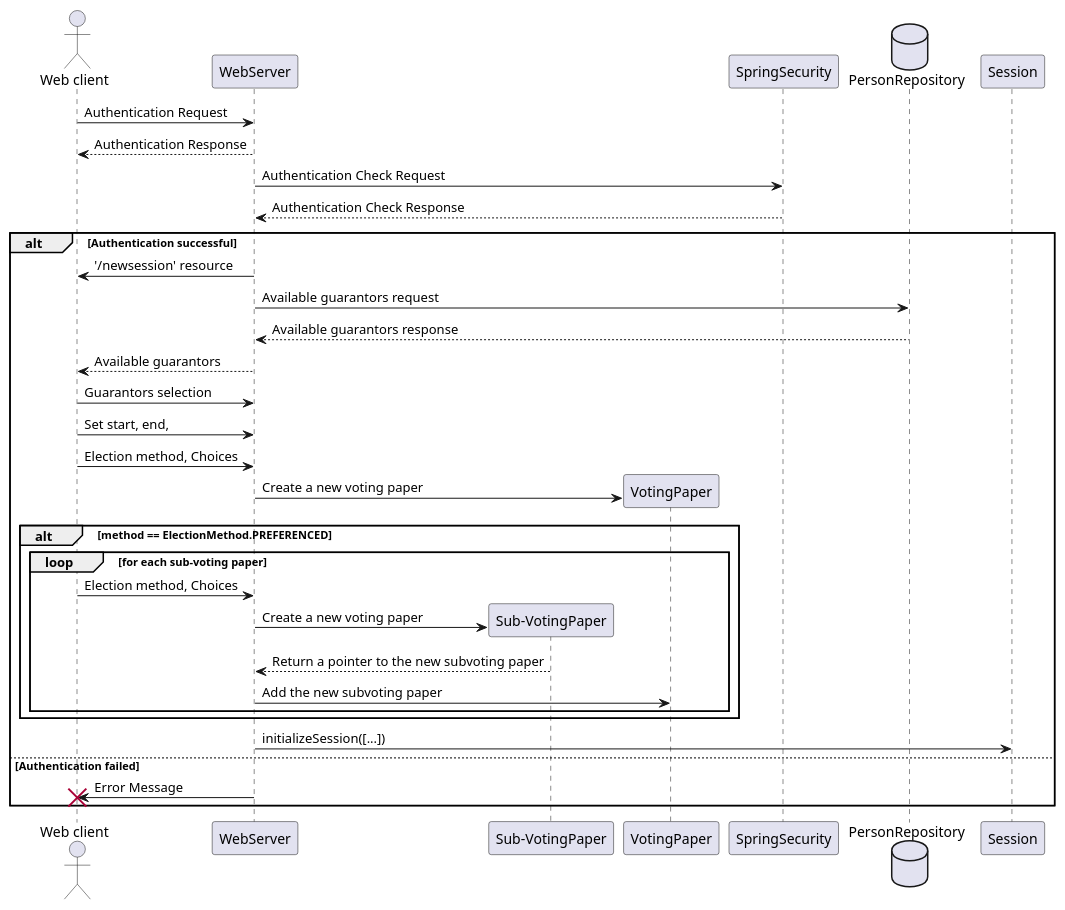
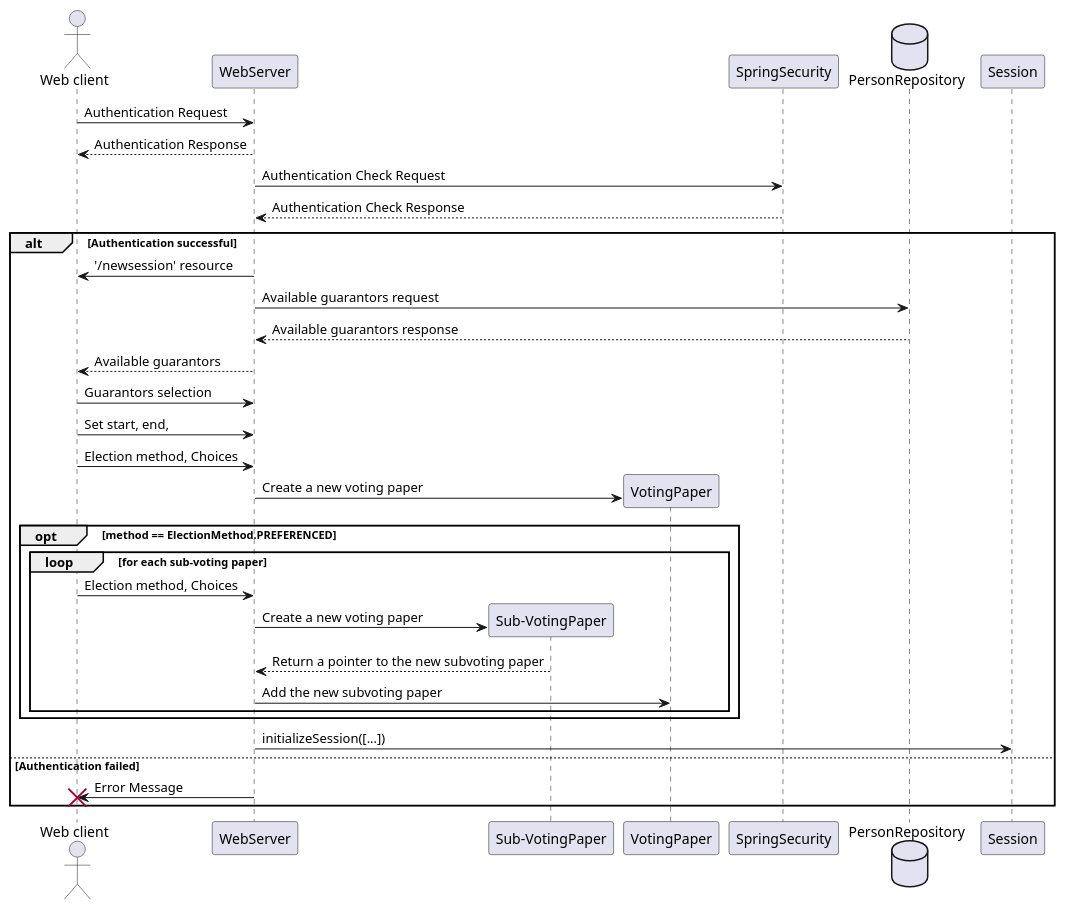
One commit to sgorblex-unimi/SVeSE_docs changed the diagram in UML/seqCreate.puml. Above: the diagram before and after it, drawn with PlantUML. The commit also changed 7 other files, not shown here.

```diff
--- a/UML/seqCreate.puml
+++ b/UML/seqCreate.puml
@@ -1,36 +1,36 @@
 @startuml
 actor "Web client" as WC
 participant WebServer as WS
 participant "Sub-VotingPaper" as SVP
 participant VotingPaper as VP
 participant SpringSecurity as SS
 database PersonRepository as PR
 participant Session as S
 
 WC -> WS : Authentication Request
 WC <-- WS : Authentication Response
 WS -> SS : Authentication Check Request
 WS <-- SS : Authentication Check Response
 
 alt Authentication successful
     WS -> WC : '/newsession' resource
     WS -> PR : Available guarantors request
     WS <-- PR : Available guarantors response
     WC <-- WS : Available guarantors
     WC -> WS : Guarantors selection
     WC -> WS : Set start, end,
     WC -> WS : Election method, Choices
     WS -> VP ** : Create a new voting paper
-    alt method == ElectionMethod.PREFERENCED
+    opt method == ElectionMethod.PREFERENCED
         loop for each sub-voting paper
             WC -> WS : Election method, Choices
             WS -> SVP ** : Create a new voting paper
             WS <-- SVP : Return a pointer to the new subvoting paper
             WS -> VP : Add the new subvoting paper
         end
     end
     WS -> S : initializeSession([...])
 else Authentication failed
    WS -> WC !! : Error Message
 end
 @enduml
```
